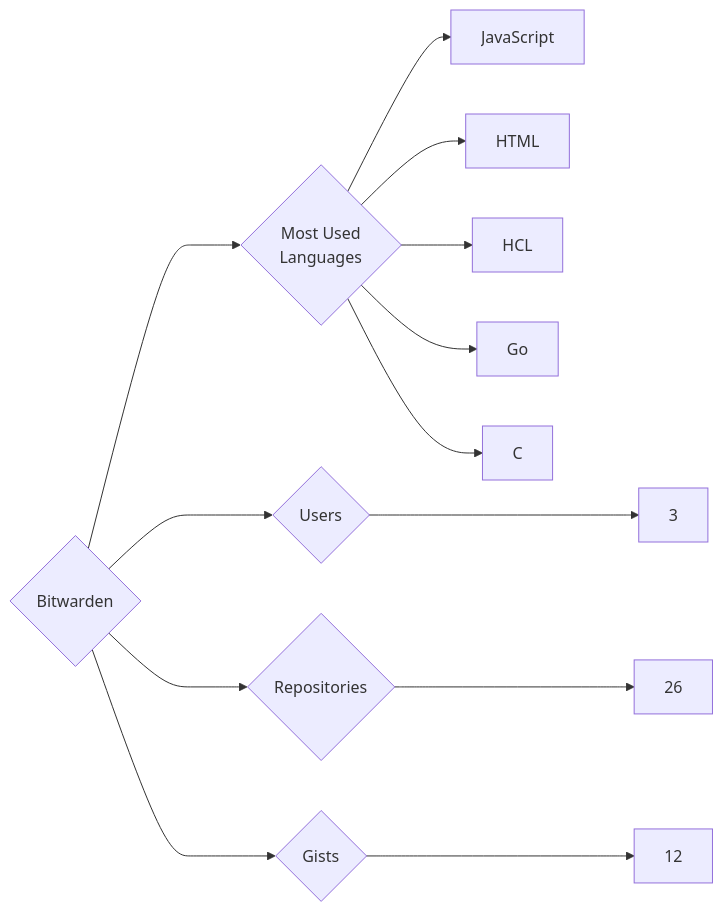
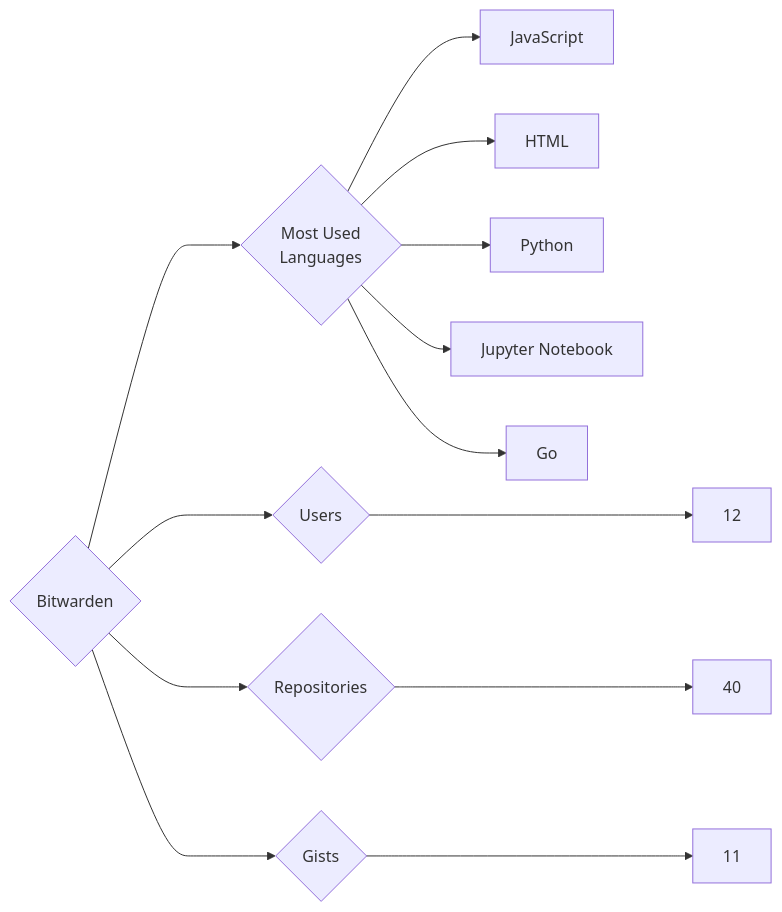
Before and after one commit to trickest/insiders: the diagram in targets/Bitwarden/README.md, drawn with Mermaid. The commit also changed 611 other files, not shown here.

````diff
--- a/targets/Bitwarden/README.md
+++ b/targets/Bitwarden/README.md
@@ -3,13 +3,13 @@
 ```mermaid
 graph LR
 COMPANY_NAME{Bitwarden}
-COMPANY_NAME ---> U{Users} ---> UN[3]
-COMPANY_NAME ---> R{Repositories} ---> RN[26]
-COMPANY_NAME ---> G{Gists} ---> GN[12]
+COMPANY_NAME ---> U{Users} ---> UN[12]
+COMPANY_NAME ---> R{Repositories} ---> RN[40]
+COMPANY_NAME ---> G{Gists} ---> GN[11]
 COMPANY_NAME ---> ML{Most Used<br>Languages}
 ML --> JavaScript[JavaScript]
 ML --> HTML[HTML]
-ML --> HCL[HCL]
+ML --> Python[Python]
+ML --> Jupyter_Notebook[Jupyter Notebook]
 ML --> Go[Go]
-ML --> C[C]
 ```
````
